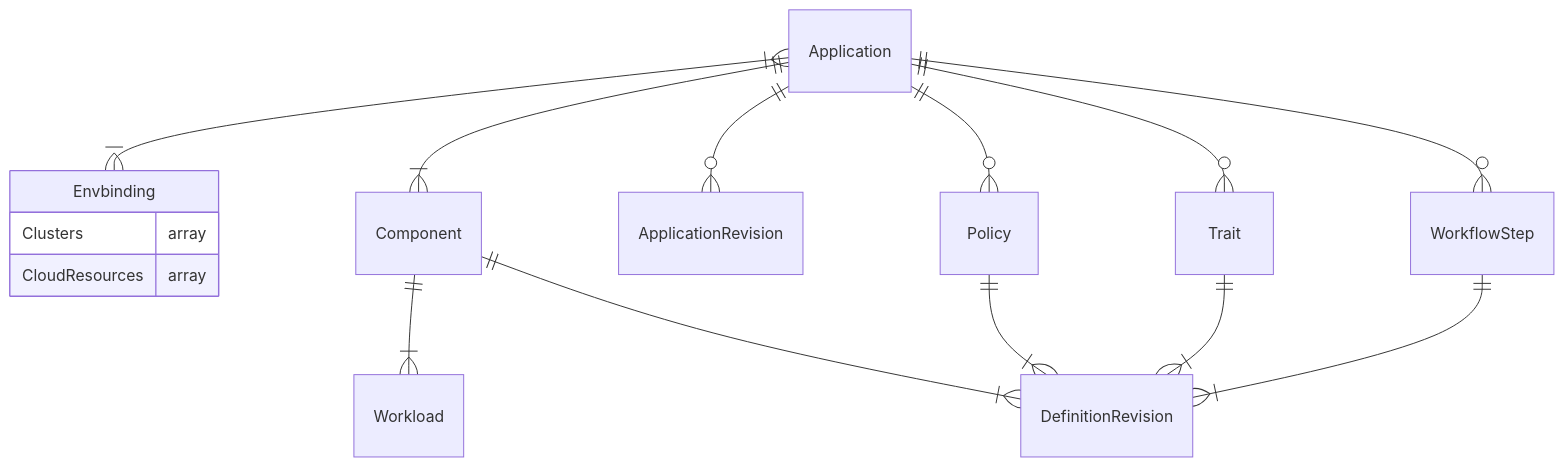
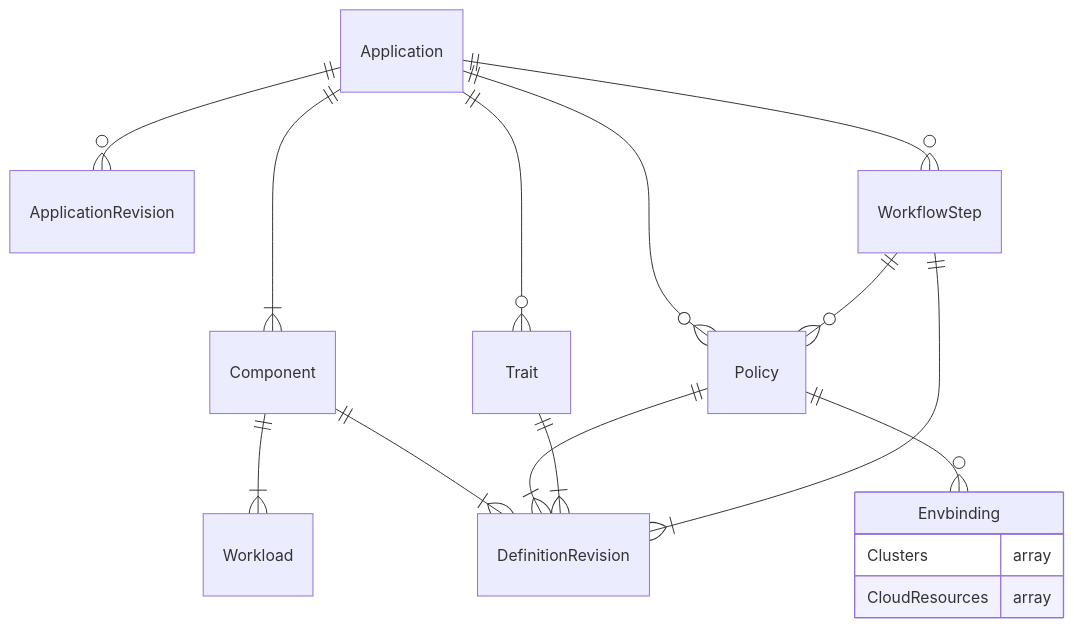
The diagram in docs/index.md (seizadi/kubevela-poc), drawn with Mermaid before and after one commit.

````diff
--- a/docs/index.md
+++ b/docs/index.md
@@ -43,18 +43,19 @@
 ```mermaid
 erDiagram
     Envbinding {
         Clusters array
         CloudResources array
     }    
     Application ||--|{ Component : ""
     Application ||--o{ ApplicationRevision : ""
     Application ||--o{ Trait : ""
     Component ||--|{ Workload : ""
-    Application |{--|{ Envbinding : ""
     Application ||--o{ Policy : ""
     Application ||--o{ WorkflowStep : ""
     Component ||--|{ DefinitionRevision : ""
     Policy ||--|{ DefinitionRevision : ""
     Trait ||--|{ DefinitionRevision : ""
-    WorkflowStep ||--|{ DefinitionRevision : ""   
+    WorkflowStep ||--|{ DefinitionRevision : "" 
+    WorkflowStep ||--o{ Policy : ""
+    Policy ||--o{ Envbinding : ""  
 ```
````
